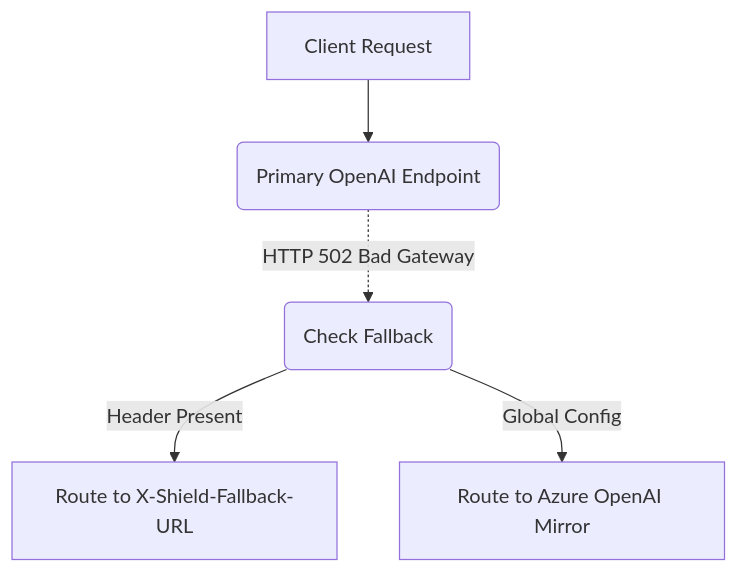
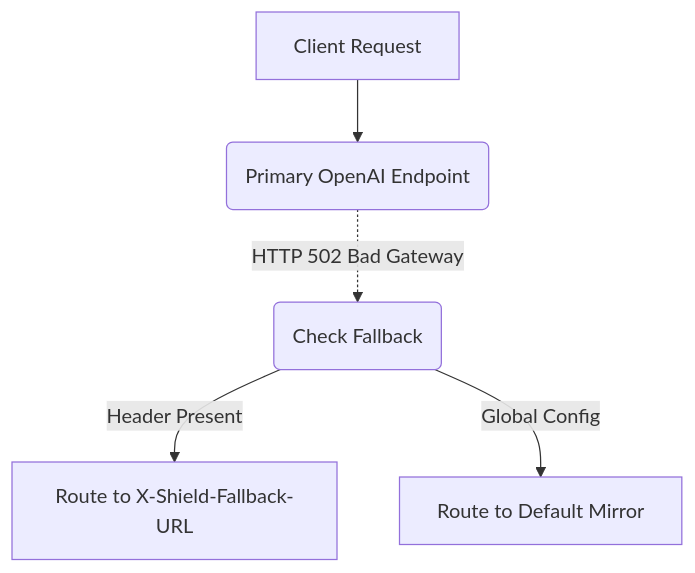
The diagram in website/docs/features/ultra-low-latency-streaming-traffic-engineering/provider-failover-with-per-request-override.md (ninadphalak/LLM-Shield-Proxy), drawn with Mermaid before and after one commit. The commit also changed other lines of this file and 94 other files, not shown here.

````diff
--- a/website/docs/features/ultra-low-latency-streaming-traffic-engineering/provider-failover-with-per-request-override.md
+++ b/website/docs/features/ultra-low-latency-streaming-traffic-engineering/provider-failover-with-per-request-override.md
@@ -19,7 +15,7 @@
 ```mermaid
 flowchart TD
     A[Client Request] --> B(Primary OpenAI Endpoint)
     B -.->|HTTP 502 Bad Gateway| C(Check Fallback)
     C -->|Header Present| D[Route to X-Shield-Fallback-URL]
-    C -->|Global Config| E[Route to Azure OpenAI Mirror]
+    C -->|Global Config| E[Route to Default Mirror]
 ```
````
